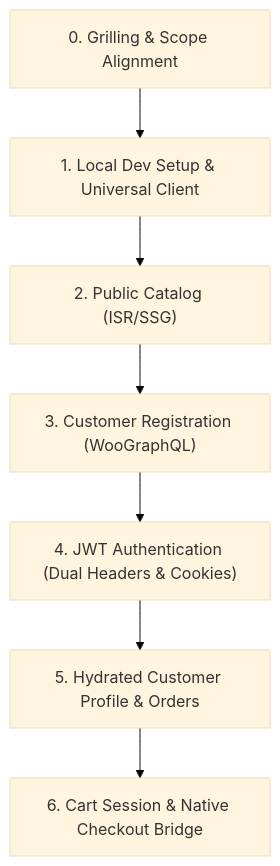
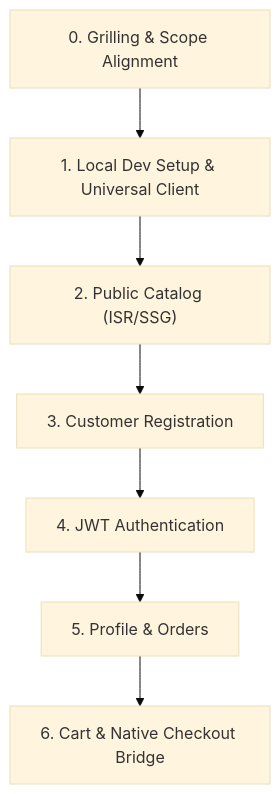
One commit to BIGboss248/nextjs-wordpress changed the diagram in .agents/skills/nextjs-woocommerce/SKILL.md. Above: the diagram before and after it, drawn with Mermaid (base theme). The commit also changed other lines of this file and 14 other files, not shown here.

````diff
--- a/.agents/skills/nextjs-woocommerce/SKILL.md
+++ b/.agents/skills/nextjs-woocommerce/SKILL.md
@@ -24,9 +27,9 @@
 ```mermaid
 flowchart TD
     G0["0. Grilling & Scope Alignment"] --> S1["1. Local Dev Setup & Universal Client"]
     S1 --> S2["2. Public Catalog (ISR/SSG)"]
-    S2 --> S3["3. Customer Registration (WooGraphQL)"]
-    S3 --> S4["4. JWT Authentication (Dual Headers & Cookies)"]
-    S4 --> S5["5. Hydrated Customer Profile & Orders"]
-    S5 --> S6["6. Cart Session & Native Checkout Bridge"]
+    S2 --> S3["3. Customer Registration"]
+    S3 --> S4["4. JWT Authentication"]
+    S4 --> S5["5. Profile & Orders"]
+    S5 --> S6["6. Cart & Native Checkout Bridge"]
 ```
````
